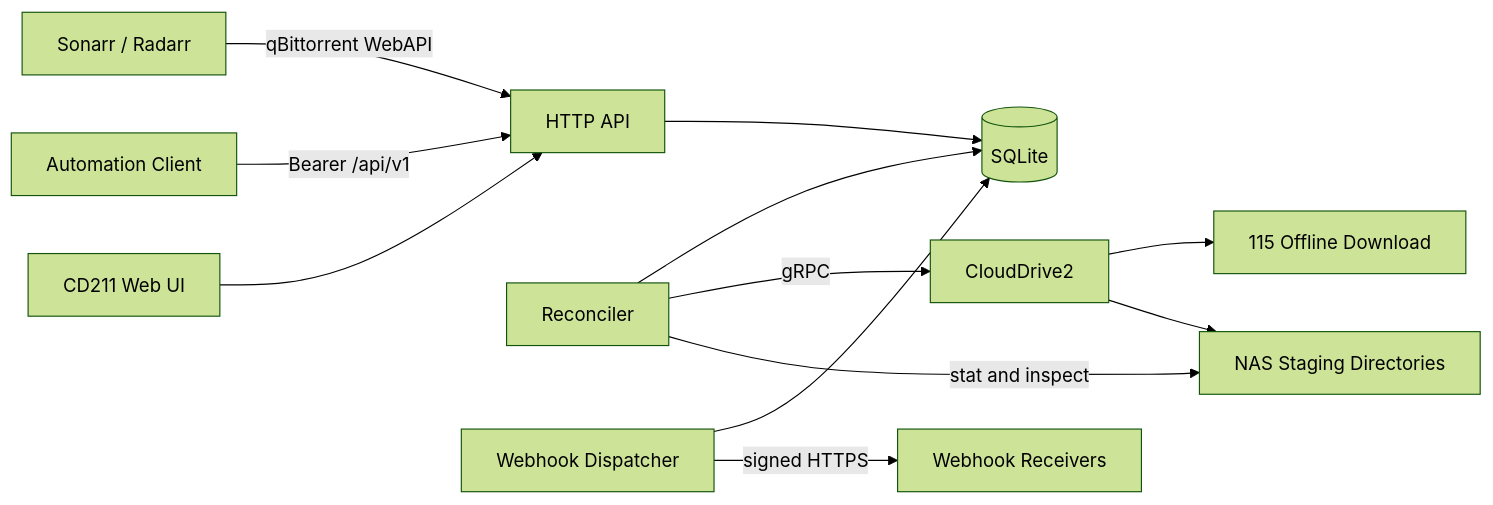
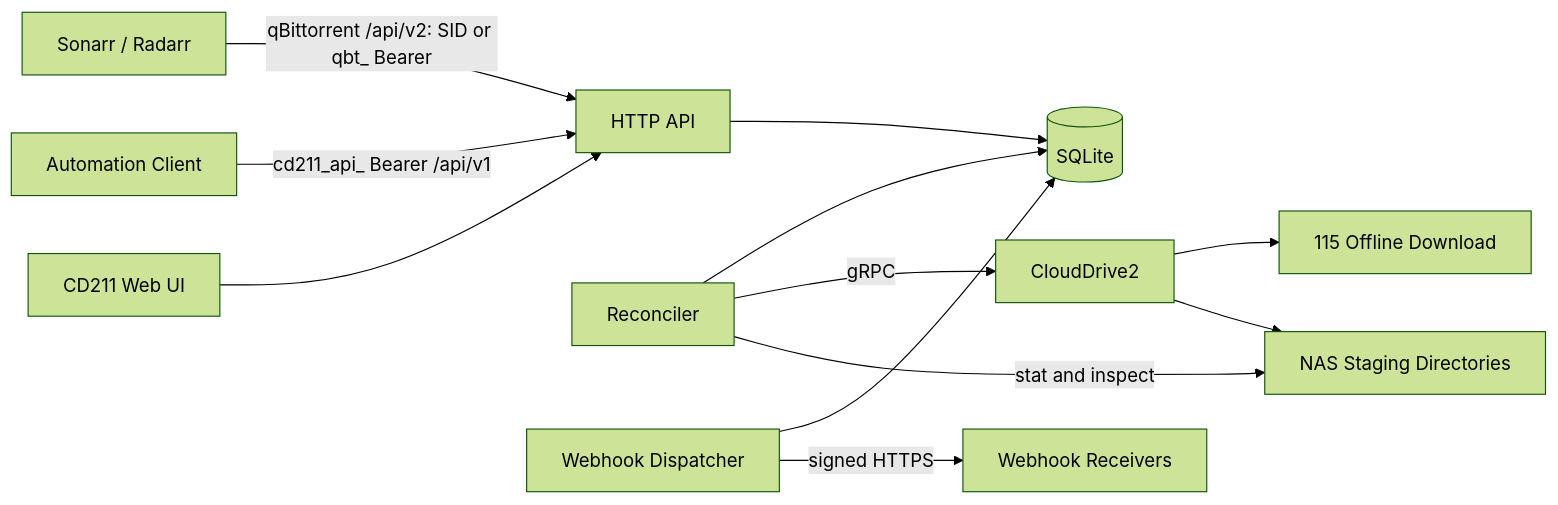
The first of 2 diagrams in docs/design.md (turygo/cd211), drawn with Mermaid (forest theme) before and after one commit. The commit also changed other lines of this file and 24 other files, not shown here.

First line of the commit message:
feat: support qBittorrent API key auth

````diff
--- a/docs/design.md
+++ b/docs/design.md
@@ -102,14 +102,14 @@
 ```mermaid
 flowchart LR
-    ARR[Sonarr / Radarr] -->|qBittorrent WebAPI| API[HTTP API]
-    AUT[Automation Client] -->|Bearer /api/v1| API
+    ARR[Sonarr / Radarr] -->|qBittorrent /api/v2: SID or qbt_ Bearer| API[HTTP API]
+    AUT[Automation Client] -->|cd211_api_ Bearer /api/v1| API
     WEB[CD211 Web UI] --> API
     API --> DB[(SQLite)]
     REC[Reconciler] --> DB
     REC -->|gRPC| CD2[CloudDrive2]
     CD2 --> CLOUD[115 Offline Download]
     CD2 --> NAS[NAS Staging Directories]
     REC -->|stat and inspect| NAS
     DISP[Webhook Dispatcher] --> DB
     DISP -->|signed HTTPS| RX[Webhook Receivers]
 ```
````
